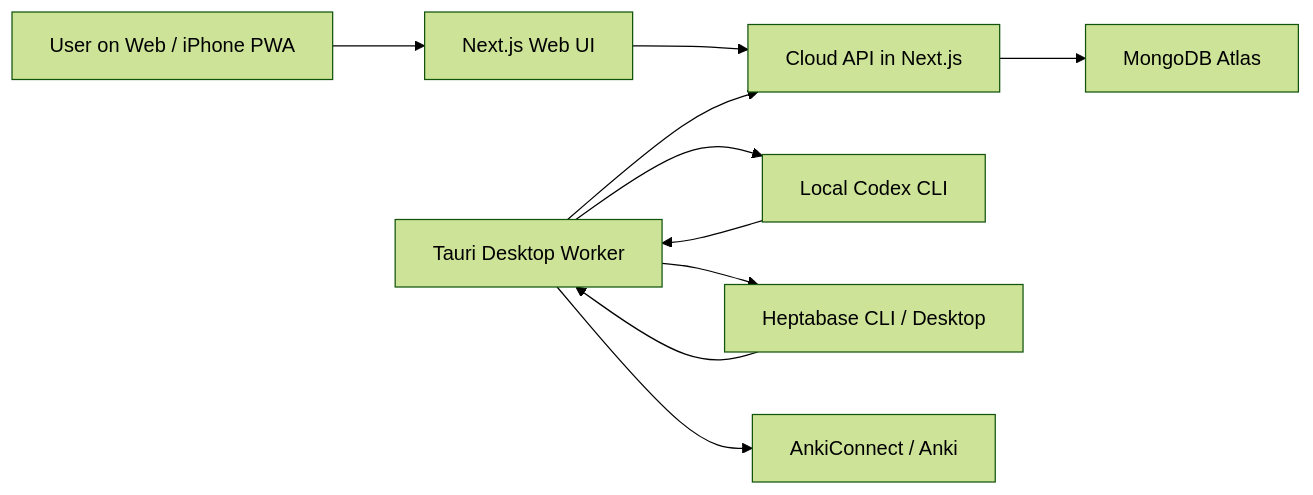
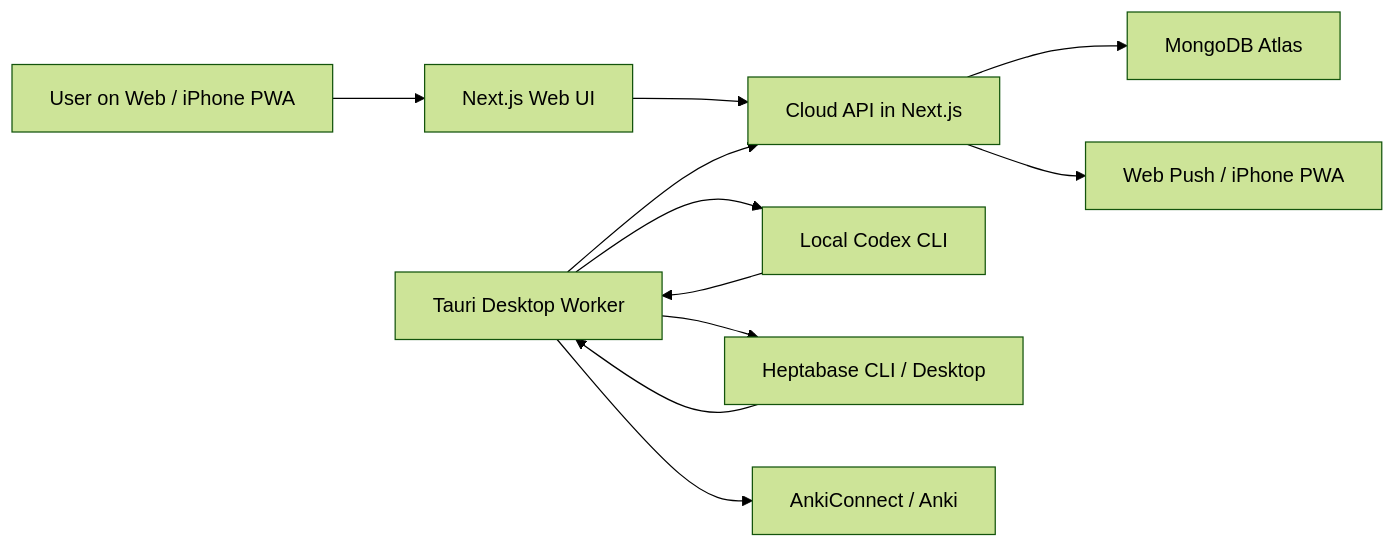
The diagram in docs/architecture.md (gino001655/Capture), drawn with Mermaid (forest theme) before and after one commit. The commit also changed other lines of this file and 37 other files, not shown here.

````diff
--- a/docs/architecture.md
+++ b/docs/architecture.md
@@ -9,12 +9,13 @@
 ```mermaid
 flowchart LR
     U["User on Web / iPhone PWA"] --> W["Next.js Web UI"]
     W --> A["Cloud API in Next.js"]
     D["Tauri Desktop Worker"] --> A
     A --> M["MongoDB Atlas"]
     D --> C["Local Codex CLI"]
     C --> D
     D --> H["Heptabase CLI / Desktop"]
     H --> D
     D --> K["AnkiConnect / Anki"]
+    A --> P["Web Push / iPhone PWA"]
 ```
````
